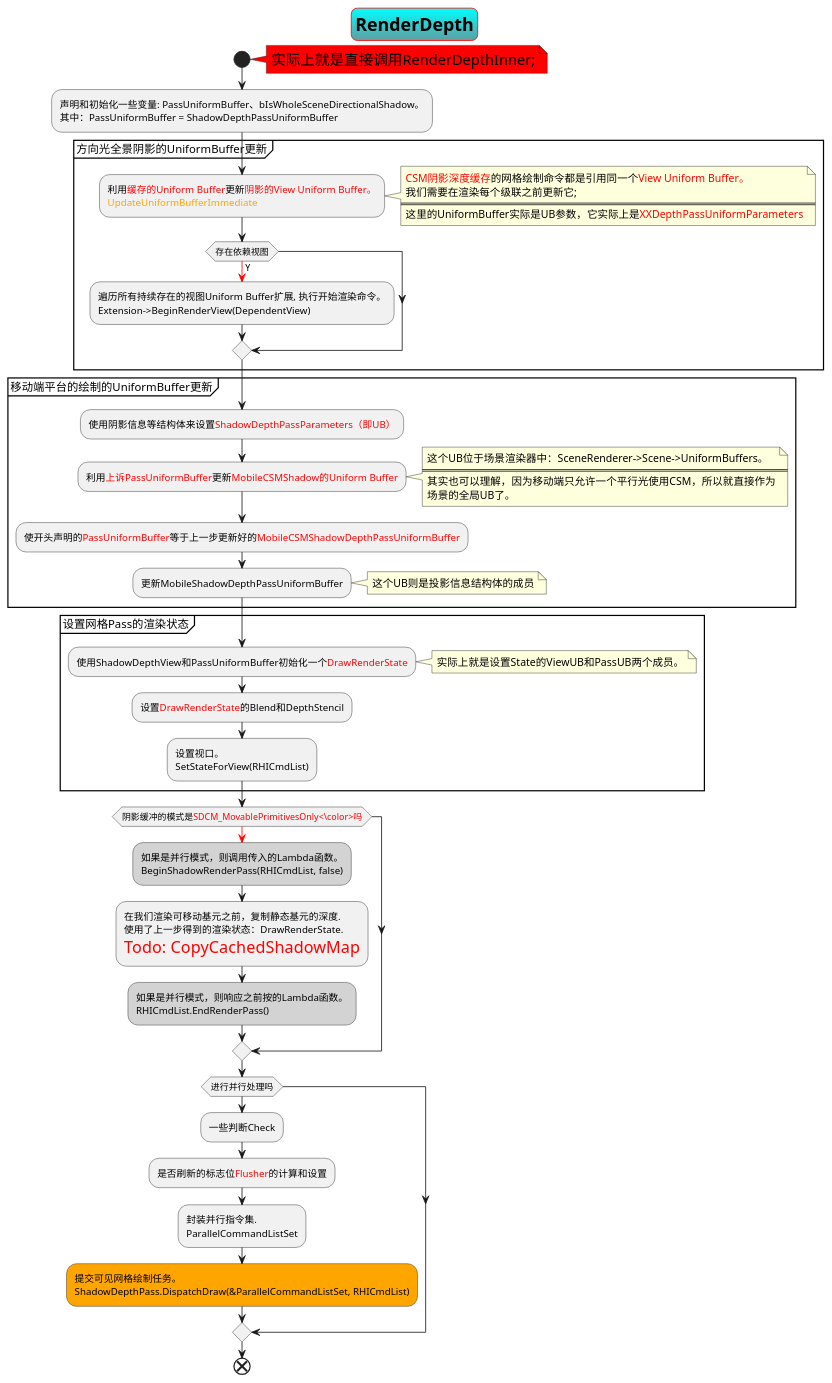
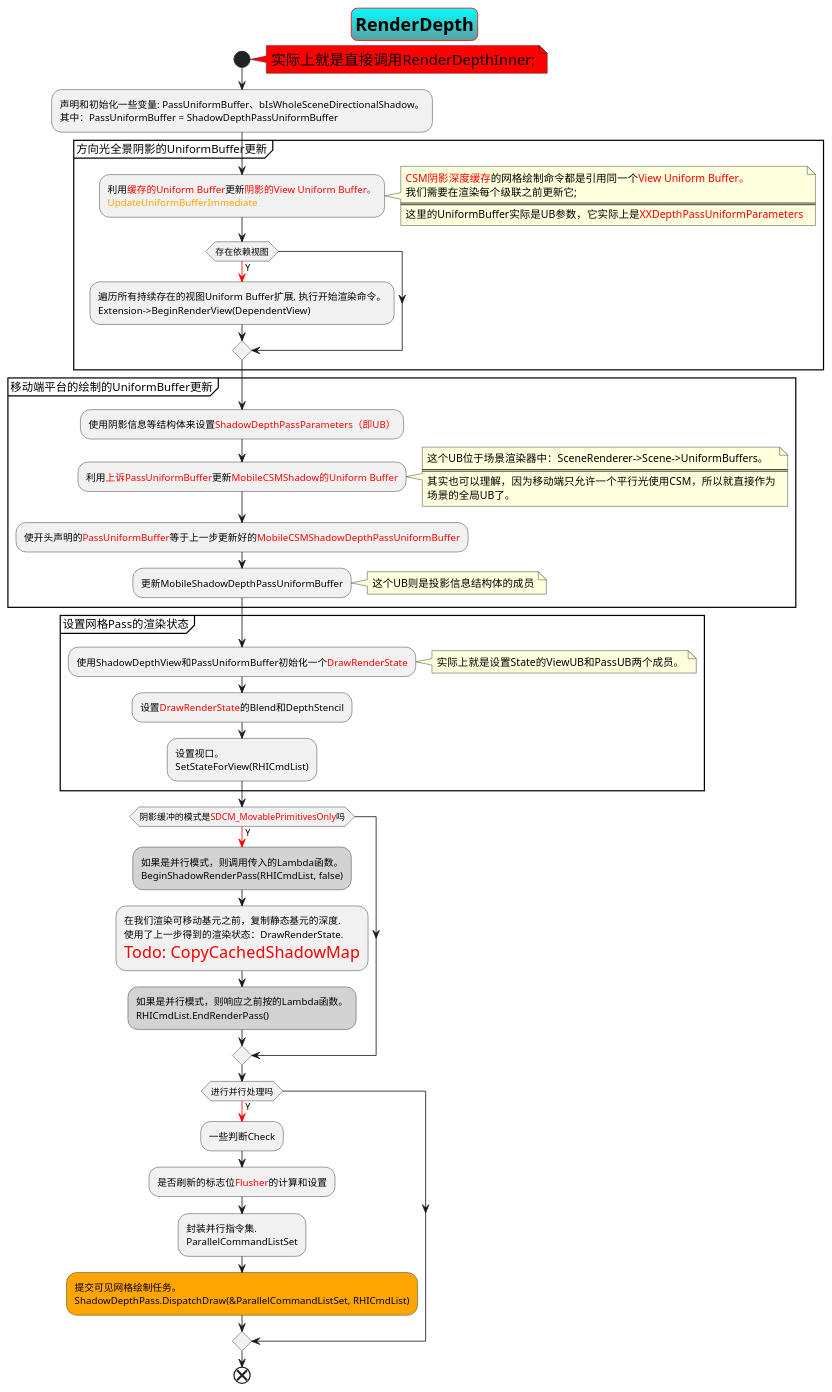
One commit to HUSTjmx/ShaderToy changed the diagram in UnrealStudy/源码阅读/Shadow/RenderDepth.puml. Above: the diagram before and after it, drawn with PlantUML. The commit also changed 8 other files, not shown here.

```diff
--- a/UnrealStudy/源码阅读/Shadow/RenderDepth.puml
+++ b/UnrealStudy/源码阅读/Shadow/RenderDepth.puml
@@ -1,97 +1,98 @@
 @startuml RenderDepth
 
 skinparam TitleBorderRoundCorner 15
 skinparam TitleBorderColor Red
 skinparam TitleBackgroundColor Aqua-Cadetblue
 
 title 
     <size: 22>RenderDepth
 end title
 
 start
 note right #Red :<size: 18>实际上就是直接调用RenderDepthInner;
 
 :声明和初始化一些变量: PassUniformBuffer、bIsWholeSceneDirectionalShadow。
 其中：PassUniformBuffer = ShadowDepthPassUniformBuffer;
 
 partition 方向光全景阴影的UniformBuffer更新{
     :利用<color:Red>缓存的Uniform Buffer</color>更新<color:Red>阴影的View Uniform Buffer。
     <color:Orange>UpdateUniformBufferImmediate;
     note right
         <color: Red>CSM阴影深度缓存</color>的网格绘制命令都是引用同一个<color:Red>View Uniform Buffer。 
         我们需要在渲染每个级联之前更新它;
         =====
         这里的UniformBuffer实际是UB参数，它实际上是<color:Red>XXDepthPassUniformParameters
     end note
 
     if(存在依赖视图)then
     -[#Red]->Y;
         :遍历所有持续存在的视图Uniform Buffer扩展, 执行开始渲染命令。
         Extension->BeginRenderView(DependentView);
     endif
 }
 
 partition 移动端平台的绘制的UniformBuffer更新{
     :使用阴影信息等结构体来设置<color:Red>ShadowDepthPassParameters（即UB）;
     
     :利用<color:Red>上诉PassUniformBuffer</color>更新<color:Red>MobileCSMShadow的Uniform Buffer;
     note right
         这个UB位于场景渲染器中：SceneRenderer->Scene->UniformBuffers。
         ========
         其实也可以理解，因为移动端只允许一个平行光使用CSM，所以就直接作为
         场景的全局UB了。
     end note
     
     :使开头声明的<color:Red>PassUniformBuffer</color>等于上一步更新好的<color:Red>MobileCSMShadowDepthPassUniformBuffer;
 
     :更新MobileShadowDepthPassUniformBuffer;
     note right
         这个UB则是投影信息结构体的成员
     end note
 }
 
 partition  设置网格Pass的渲染状态{
     :使用ShadowDepthView和PassUniformBuffer初始化一个<color:Red>DrawRenderState;
     note right
         实际上就是设置State的ViewUB和PassUB两个成员。
     end note
 
     :设置<color:Red>DrawRenderState</color>的Blend和DepthStencil;
 
     :设置视口。
     SetStateForView(RHICmdList);
 }
 
-if(阴影缓冲的模式是<color:Red>SDCM_MovablePrimitivesOnly<\color>吗)then
--[#Red]->
-#LightGray:如果是并行模式，则调用传入的Lambda函数。
-BeginShadowRenderPass(RHICmdList, false);
+if(阴影缓冲的模式是<color:Red>SDCM_MovablePrimitivesOnly</color>吗)then
+    -[#Red]->Y;
+    #LightGray:如果是并行模式，则调用传入的Lambda函数。
+    BeginShadowRenderPass(RHICmdList, false);
 
-:在我们渲染可移动基元之前，复制静态基元的深度.
-使用了上一步得到的渲染状态：DrawRenderState.
-<color:Red><size:20>Todo: CopyCachedShadowMap;
+    :在我们渲染可移动基元之前，复制静态基元的深度.
+    使用了上一步得到的渲染状态：DrawRenderState.
+    <color:Red><size:20>Todo: CopyCachedShadowMap;
 
-#LightGray:如果是并行模式，则响应之前按的Lambda函数。
-RHICmdList.EndRenderPass();
+    #LightGray:如果是并行模式，则响应之前按的Lambda函数。
+    RHICmdList.EndRenderPass();
 
 endif
 
 
 if(进行并行处理吗)then
+    -[#Red]->Y;
     :一些判断Check;
 
     :是否刷新的标志位<color:Red>Flusher</color>的计算和设置;
 
     :封装并行指令集.
     ParallelCommandListSet;
 
     #Orange:提交可见网格绘制任务。
     ShadowDepthPass.DispatchDraw(&ParallelCommandListSet, RHICmdList);
 endif
 
 
 
 
 
 end
 @enduml 
```
